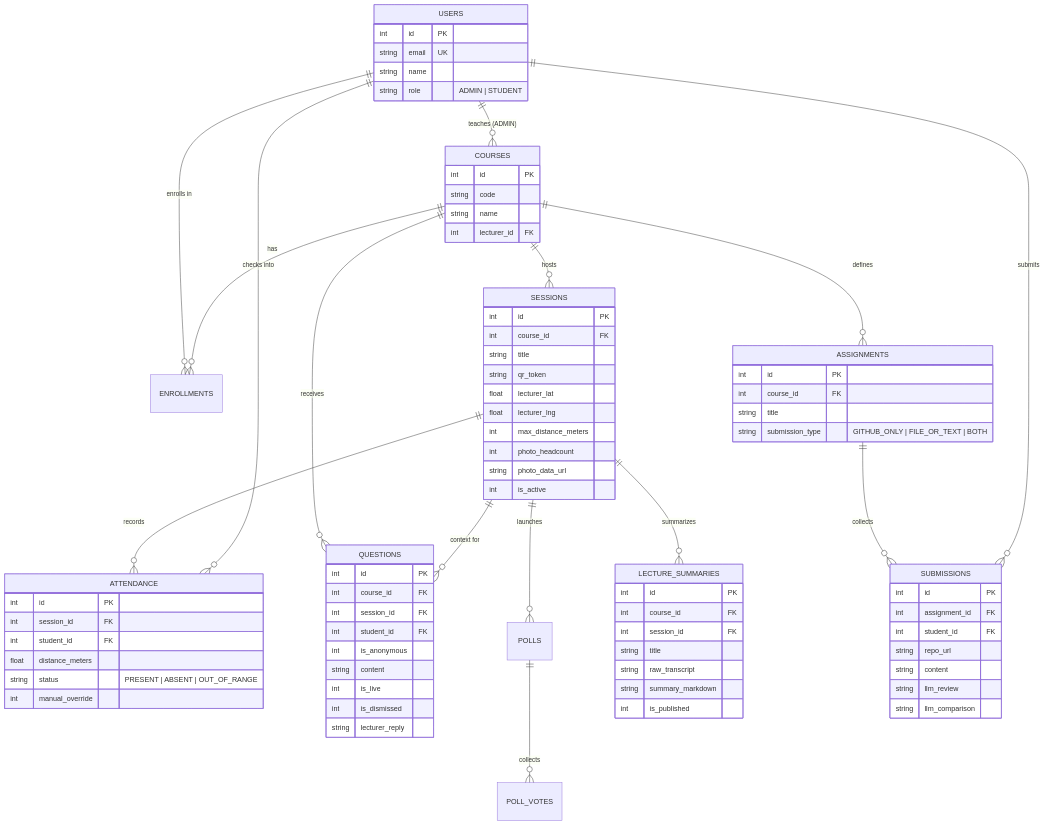
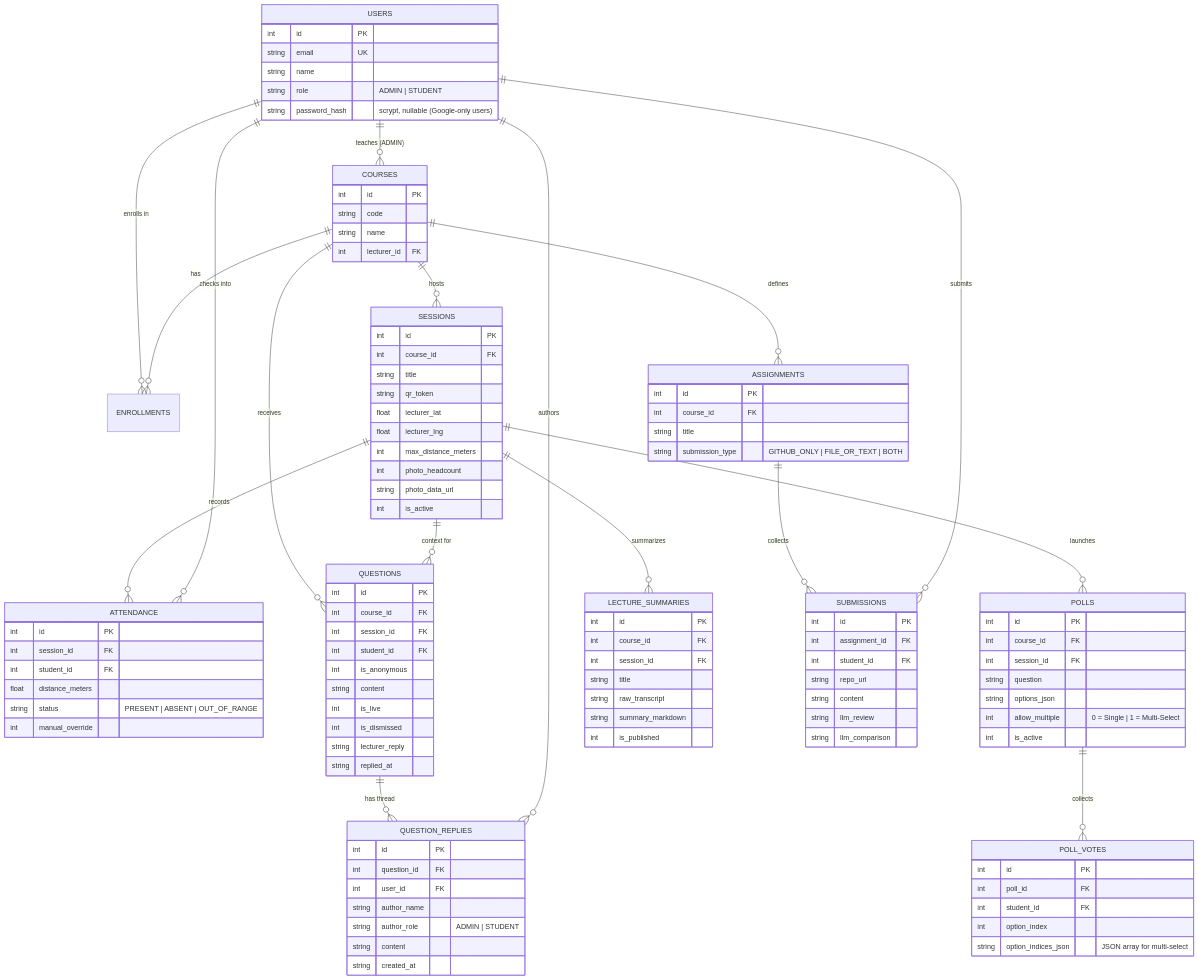
The second of 2 diagrams in docs/05_Software_Components_Architecture.md (amiramAs/I2SE_Exe2), drawn with Mermaid before and after one commit. The commit also changed other lines of this file and 17 other files, not shown here.

```diff
--- a/docs/05_Software_Components_Architecture.md
+++ b/docs/05_Software_Components_Architecture.md
@@ -103,6 +104,8 @@
     USERS ||--o{ ATTENDANCE : "checks into"
     COURSES ||--o{ QUESTIONS : "receives"
     SESSIONS ||--o{ QUESTIONS : "context for"
+    QUESTIONS ||--o{ QUESTION_REPLIES : "has thread"
+    USERS ||--o{ QUESTION_REPLIES : "authors"
     SESSIONS ||--o{ POLLS : "launches"
     POLLS ||--o{ POLL_VOTES : "collects"
     SESSIONS ||--o{ LECTURE_SUMMARIES : "summarizes"
@@ -115,6 +118,7 @@
         string email UK
         string name
         string role "ADMIN | STUDENT"
+        string password_hash "scrypt, nullable (Google-only users)"
     }
     COURSES {
         int id PK
@@ -152,6 +156,32 @@
         int is_live
         int is_dismissed
         string lecturer_reply
+        string replied_at
+    }
+    QUESTION_REPLIES {
+        int id PK
+        int question_id FK
+        int user_id FK
+        string author_name
+        string author_role "ADMIN | STUDENT"
+        string content
+        string created_at
+    }
+    POLLS {
+        int id PK
+        int course_id FK
+        int session_id FK
+        string question
+        string options_json
+        int allow_multiple "0 = Single | 1 = Multi-Select"
+        int is_active
+    }
+    POLL_VOTES {
+        int id PK
+        int poll_id FK
+        int student_id FK
+        int option_index
+        string option_indices_json "JSON array for multi-select"
     }
     LECTURE_SUMMARIES {
         int id PK
```
